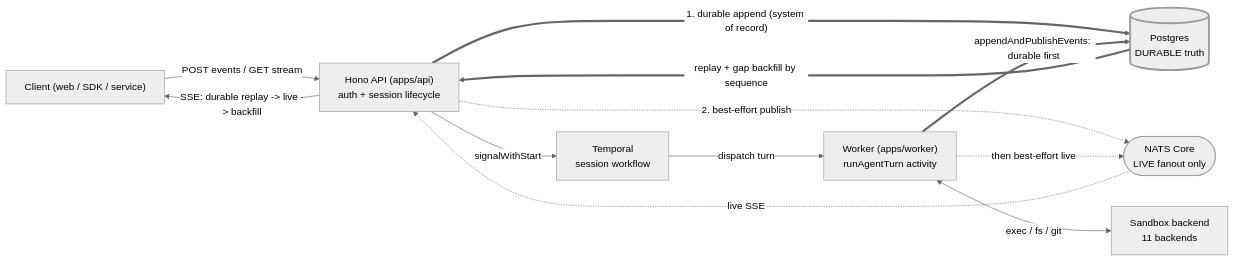
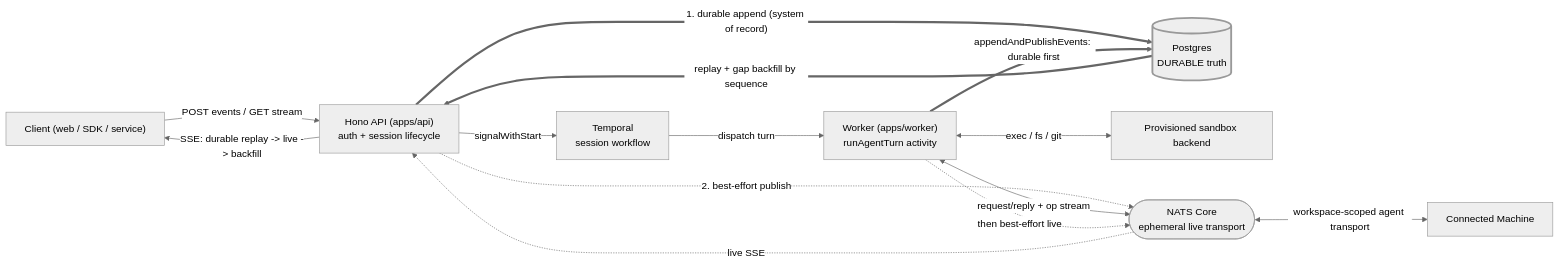
The first of 2 diagrams in docs/architecture.md (Cloudgeni-ai/opengeni), drawn with Mermaid (neutral theme) before and after one commit. The commit also changed other lines of this file and 29 other files, not shown here.

````diff
--- a/docs/architecture.md
+++ b/docs/architecture.md
@@ -234,25 +247,28 @@
 ```mermaid
 flowchart LR
   Client["Client (web / SDK / service)"]
   API["Hono API (apps/api)<br/>auth + session lifecycle"]
   PG[("Postgres<br/>DURABLE truth")]
   TQ["Temporal<br/>session workflow"]
   W["Worker (apps/worker)<br/>runAgentTurn activity"]
-  SB["Sandbox backend<br/>11 backends"]
-  NATS(["NATS Core<br/>LIVE fanout only"])
+  SB["Provisioned sandbox backend"]
+  CM["Connected Machine"]
+  NATS(["NATS Core<br/>ephemeral live transport"])
 
   Client -->|"POST events / GET stream"| API
   API ==>|"1. durable append (system of record)"| PG
   API -.->|"2. best-effort publish"| NATS
   API -->|"signalWithStart"| TQ
   TQ -->|"dispatch turn"| W
   W <-->|"exec / fs / git"| SB
+  W <-->|"request/reply + op stream"| NATS
+  NATS <-->|"workspace-scoped agent transport"| CM
   W ==>|"appendAndPublishEvents: durable first"| PG
   W -.->|"then best-effort live"| NATS
   NATS -.->|"live SSE"| API
   PG ==>|"replay + gap backfill by sequence"| API
   API -->|"SSE: durable replay -> live -> backfill"| Client
 
   classDef durable stroke-width:3px;
   class PG durable;
 ```
````
